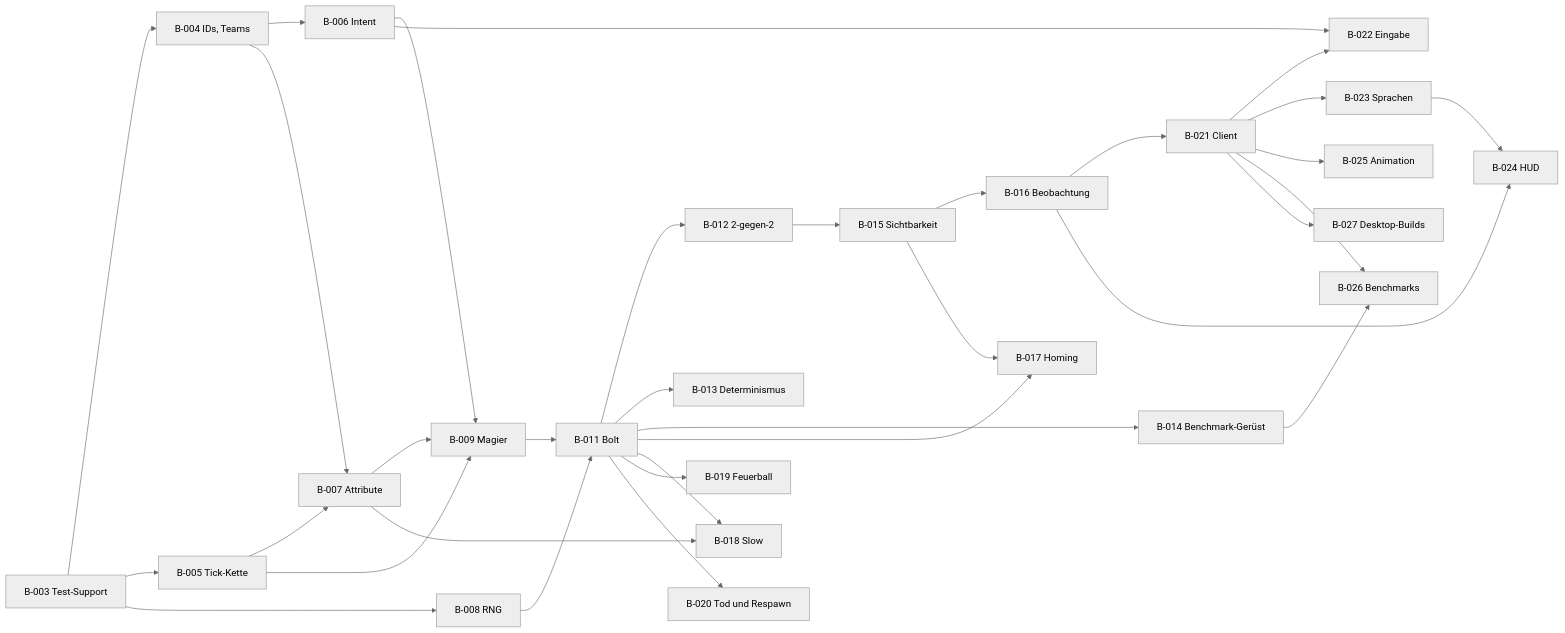
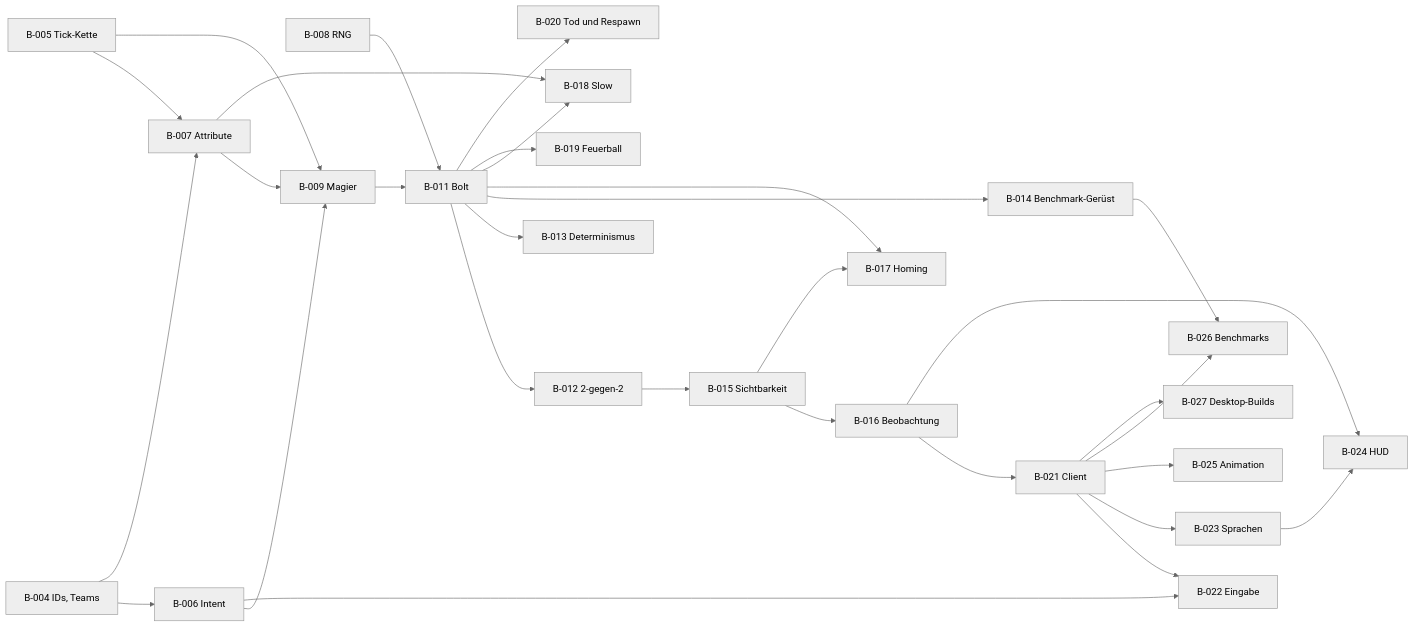
The diagram in docs/backlog.md (MagierSpieleSchmiede/mage-game), drawn with Mermaid (neutral theme) before and after one commit. The commit also changed other lines of this file and 9 other files, not shown here.

````diff
--- a/docs/backlog.md
+++ b/docs/backlog.md
@@ -72,36 +71,35 @@
 ```mermaid
 flowchart LR
-  B003["B-003 Test-Support"]
-  B003 --> B004["B-004 IDs, Teams"]
-  B003 --> B005["B-005 Tick-Kette"]
-  B003 --> B008["B-008 RNG"]
+  B004["B-004 IDs, Teams"]
+  B005["B-005 Tick-Kette"]
+  B008["B-008 RNG"]
   B004 --> B006["B-006 Intent"]
   B004 --> B007["B-007 Attribute"]
   B005 --> B007
   B005 --> B009["B-009 Magier"]
   B006 --> B009
   B007 --> B009
   B008 --> B011["B-011 Bolt"]
   B009 --> B011
   B011 --> B012["B-012 2-gegen-2"]
   B011 --> B013["B-013 Determinismus"]
   B011 --> B014["B-014 Benchmark-Gerüst"]
   B012 --> B015["B-015 Sichtbarkeit"]
   B015 --> B016["B-016 Beobachtung"]
   B015 --> B017["B-017 Homing"]
   B011 --> B017
   B007 --> B018["B-018 Slow"]
   B011 --> B018
   B011 --> B019["B-019 Feuerball"]
   B011 --> B020["B-020 Tod und Respawn"]
   B016 --> B021["B-021 Client"]
   B006 --> B022["B-022 Eingabe"]
   B021 --> B022
   B021 --> B023["B-023 Sprachen"]
   B016 --> B024["B-024 HUD"]
   B023 --> B024
   B021 --> B025["B-025 Animation"]
   B014 --> B026["B-026 Benchmarks"]
   B021 --> B026
   B021 --> B027["B-027 Desktop-Builds"]
 ```
````
